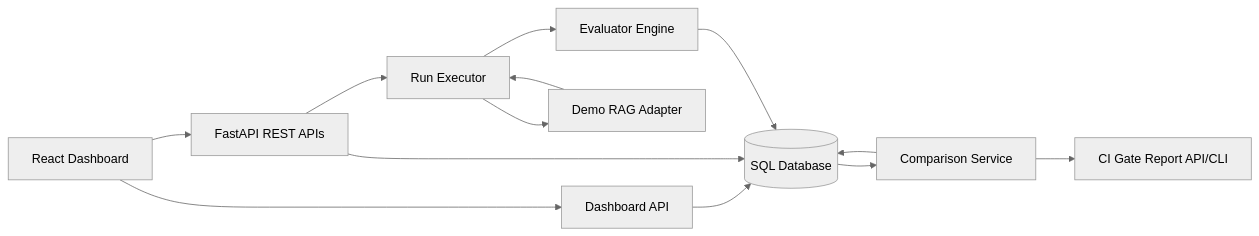
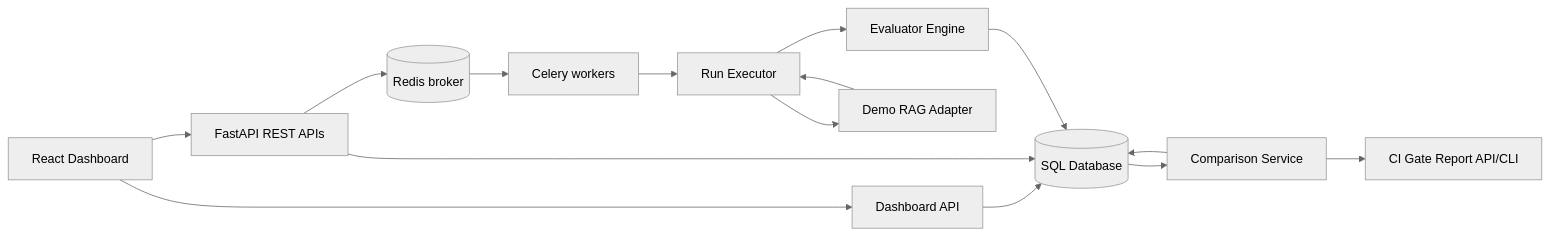
Before and after one commit to meher4567/evalforge-ai: the first of 3 diagrams in docs/architecture.md, drawn with Mermaid (neutral theme). The commit also changed other lines of this file and 126 other files, not shown here.

````diff
--- a/docs/architecture.md
+++ b/docs/architecture.md
@@ -13,15 +13,17 @@
 ```mermaid
 flowchart LR
     UI["React Dashboard"] --> DASH["Dashboard API"]
     UI --> API["FastAPI REST APIs"]
     DASH --> DB[("SQL Database")]
     API --> DB
-    API --> RUNNER["Run Executor"]
+    API --> REDIS[("Redis broker")]
+    REDIS --> WORKER["Celery workers"]
+    WORKER --> RUNNER["Run Executor"]
     RUNNER --> ADAPTER["Demo RAG Adapter"]
     RUNNER --> EVAL["Evaluator Engine"]
     ADAPTER --> RUNNER
     EVAL --> DB
     DB --> COMPARE["Comparison Service"]
     COMPARE --> DB
     COMPARE --> GATE["CI Gate Report API/CLI"]
 ```
````
